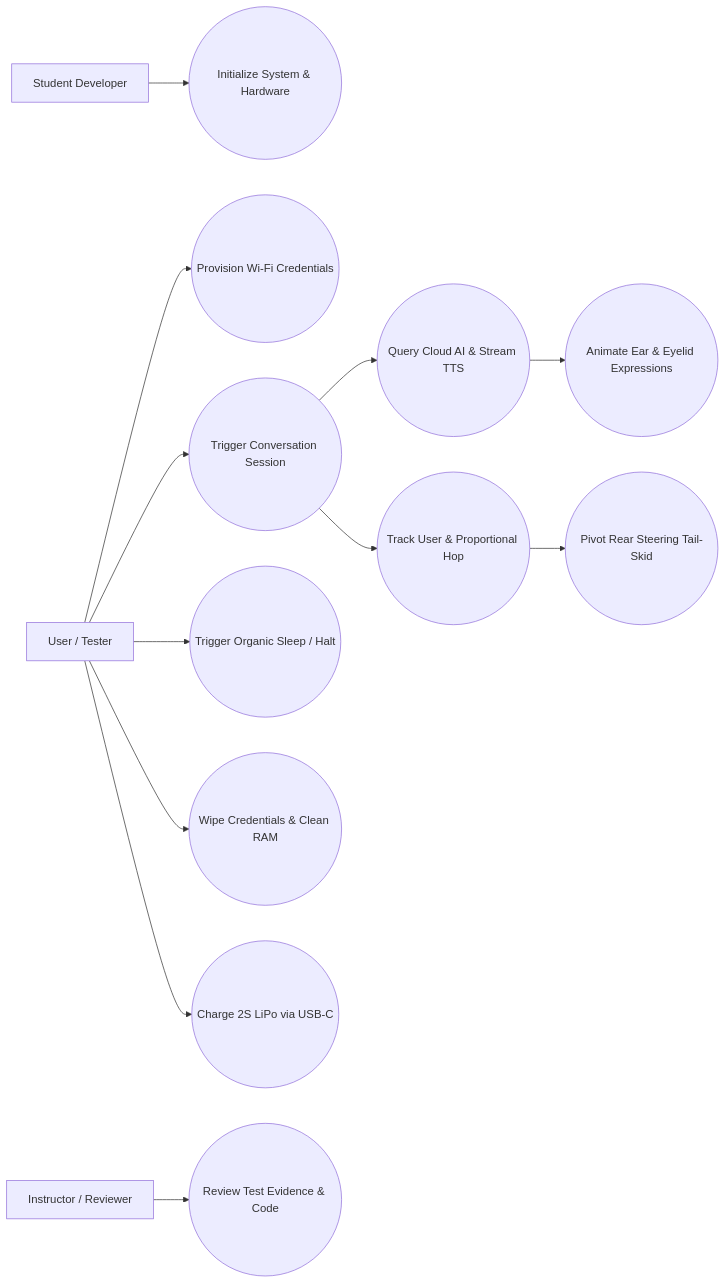
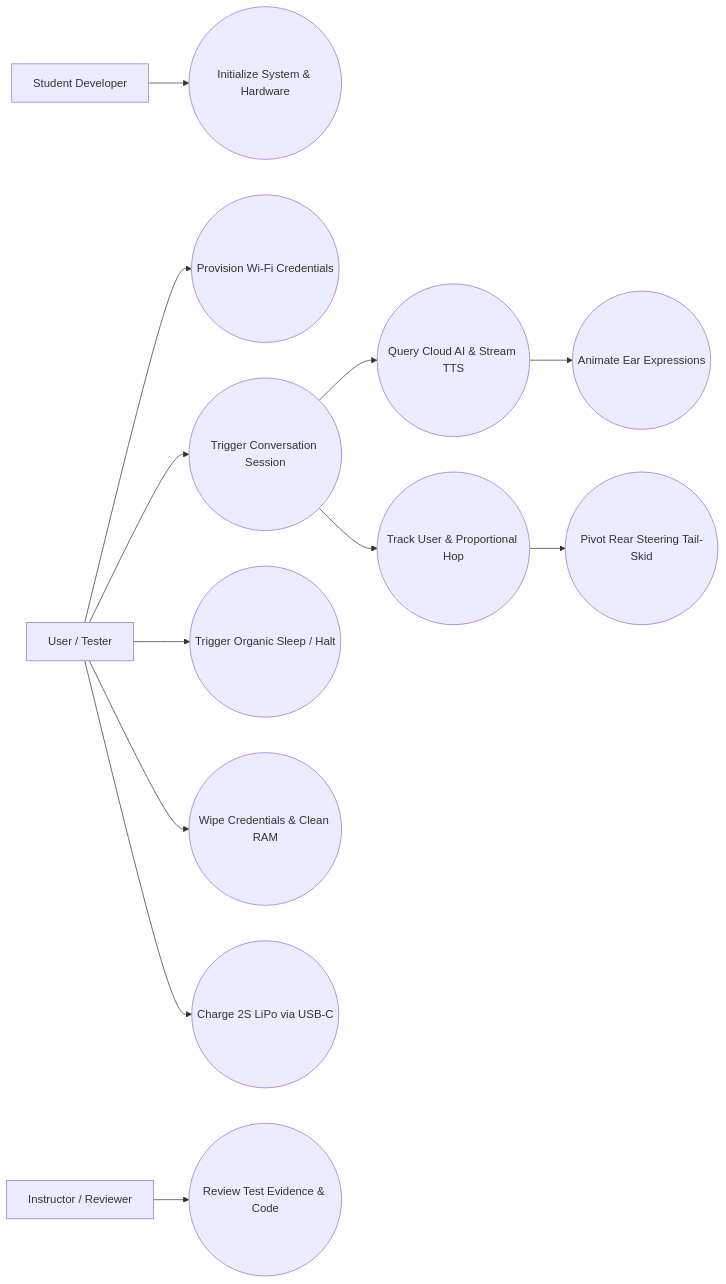
The first of 2 diagrams in README.md (ThumbsupCat/Mecha_Bunny), drawn with Mermaid before and after one commit. The commit also changed other lines of this file, not shown here.

Commit message:
Removing the eyelid mentioning from this release documentation

````diff
--- a/README.md
+++ b/README.md
@@ -95,30 +94,30 @@
 ```mermaid
 flowchart LR
     Student[Student Developer]
     User[User / Tester]
     Instructor[Instructor / Reviewer]
 
     UC1((Initialize System & Hardware))
     UC2((Provision Wi-Fi Credentials))
     UC3((Trigger Conversation Session))
     UC4((Query Cloud AI & Stream TTS))
-    UC5((Animate Ear & Eyelid Expressions))
+    UC5((Animate Ear Expressions))
     UC6((Track User & Proportional Hop))
     UC7((Pivot Rear Steering Tail-Skid))
     UC8((Trigger Organic Sleep / Halt))
     UC9((Wipe Credentials & Clean RAM))
     UC10((Charge 2S LiPo via USB-C))
     UC11((Review Test Evidence & Code))
 
     Student --> UC1
     User --> UC2
     User --> UC3
     UC3 --> UC4
     UC4 --> UC5
     UC3 --> UC6
     UC6 --> UC7
     User --> UC8
     User --> UC9
     User --> UC10
     Instructor --> UC11
 ```
````
